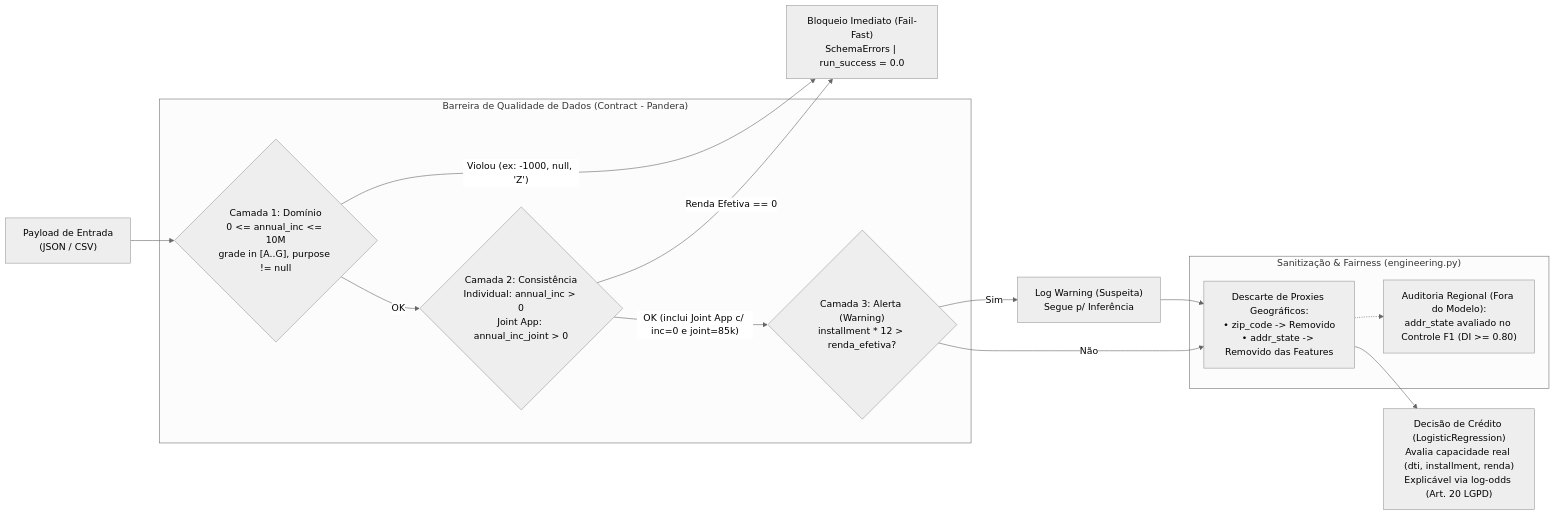
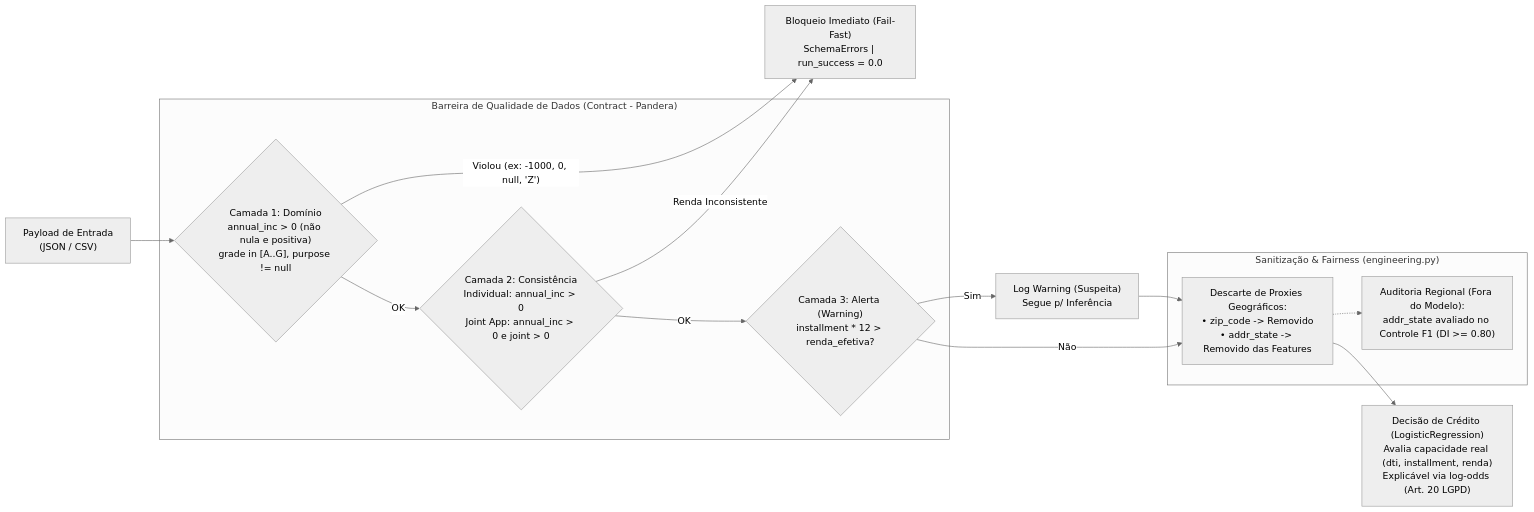
One commit to GusdPaula/MLENG_FIAP changed the second of 2 diagrams in fase_4/README.md. Above: the diagram before and after it, drawn with Mermaid (neutral theme). The commit also changed other lines of this file and 5 other files, not shown here.

Commit message:
fix: ajuste contrato (renda não nula e positiva)

````diff
--- a/fase_4/README.md
+++ b/fase_4/README.md
@@ -188,27 +188,27 @@
 ```mermaid
 flowchart LR
     IN["Payload de Entrada<br/>(JSON / CSV)"] --> C1
 
     subgraph PANDERA["Barreira de Qualidade de Dados (Contract - Pandera)"]
-        C1{"Camada 1: Domínio<br/>0 <= annual_inc <= 10M<br/>grade in [A..G], purpose != null"}
-        C2{"Camada 2: Consistência<br/>Individual: annual_inc > 0<br/>Joint App: annual_inc_joint > 0"}
+        C1{"Camada 1: Domínio<br/>annual_inc > 0 (não nula e positiva)<br/>grade in [A..G], purpose != null"}
+        C2{"Camada 2: Consistência<br/>Individual: annual_inc > 0<br/>Joint App: annual_inc > 0 e joint > 0"}
         C3{"Camada 3: Alerta (Warning)<br/>installment * 12 > renda_efetiva?"}
     end
 
-    C1 -- "Violou (ex: -1000, null, 'Z')" --> ERR["Bloqueio Imediato (Fail-Fast)<br/>SchemaErrors | run_success = 0.0"]
+    C1 -- "Violou (ex: -1000, 0, null, 'Z')" --> ERR["Bloqueio Imediato (Fail-Fast)<br/>SchemaErrors | run_success = 0.0"]
     C1 -- "OK" --> C2
-    C2 -- "Renda Efetiva == 0" --> ERR
-    C2 -- "OK (inclui Joint App c/ inc=0 e joint=85k)" --> C3
+    C2 -- "Renda Inconsistente" --> ERR
+    C2 -- "OK" --> C3
     C3 -- "Sim" --> WARN["Log Warning (Suspeita)<br/>Segue p/ Inferência"]
     C3 -- "Não" --> SANIT
 
     WARN --> SANIT
 
     subgraph GOV["Sanitização & Fairness (engineering.py)"]
         SANIT["Descarte de Proxies Geográficos:<br/>• zip_code -> Removido<br/>• addr_state -> Removido das Features"]
         FAIR["Auditoria Regional (Fora do Modelo):<br/>addr_state avaliado no Controle F1 (DI >= 0.80)"]
     end
 
     SANIT -.-> FAIR
     SANIT --> DEC["Decisão de Crédito (LogisticRegression)<br/>Avalia capacidade real (dti, installment, renda)<br/>Explicável via log-odds (Art. 20 LGPD)"]
 ```
````
